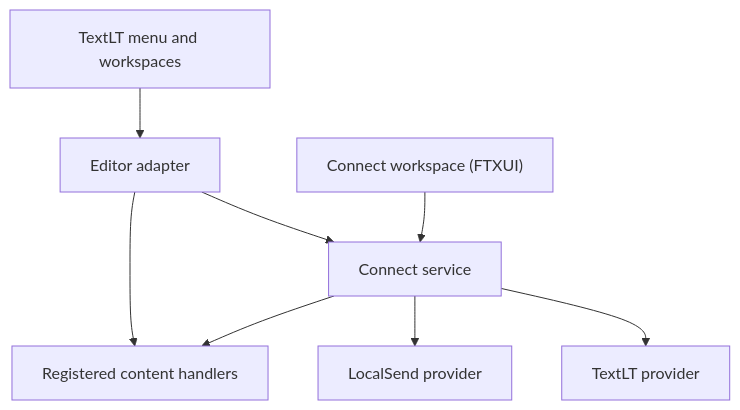
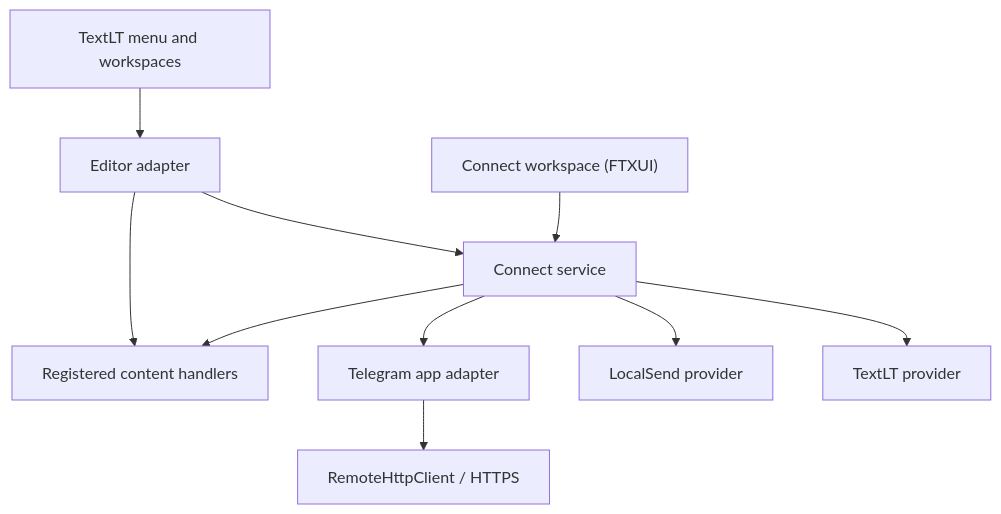
The diagram in docs/connect-architecture.md (ihor-liutak2/textlt), drawn with Mermaid before and after one commit. The commit also changed other lines of this file and 25 other files, not shown here.

````diff
--- a/docs/connect-architecture.md
+++ b/docs/connect-architecture.md
@@ -25,10 +28,12 @@
 ```mermaid
 flowchart TB
     App["TextLT menu and workspaces"] --> Adapter["Editor adapter"]
     Adapter --> Service["Connect service"]
     Panel["Connect workspace (FTXUI)"] --> Service
     Service --> Native["TextLT provider"]
     Service --> LocalSend["LocalSend provider"]
+    Service --> Telegram["Telegram app adapter"]
+    Telegram --> Http["RemoteHttpClient / HTTPS"]
     Service --> Handlers["Registered content handlers"]
     Adapter --> Handlers
 ```
````
